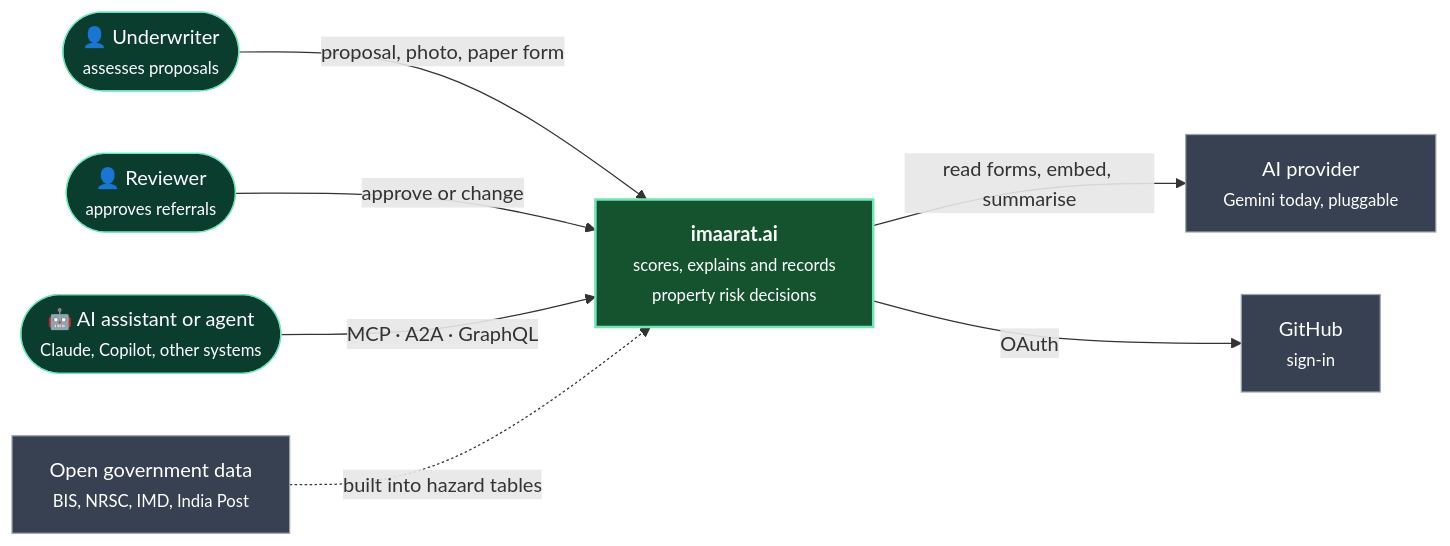
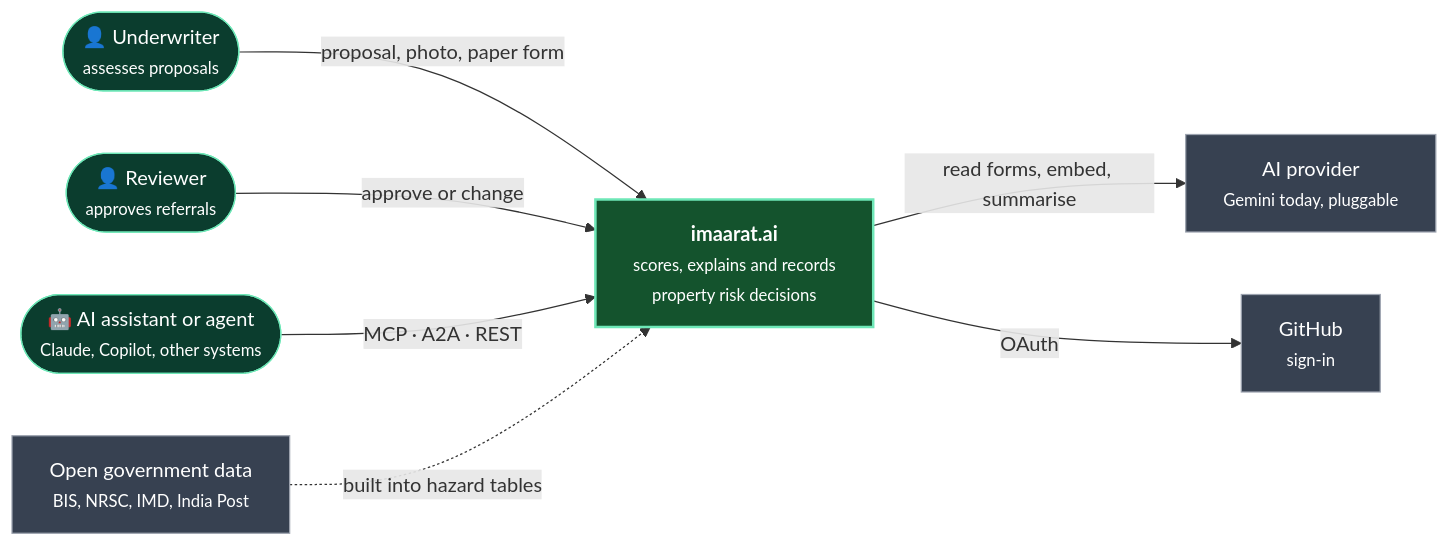
The first of 3 diagrams in README.md (adikshan11/imaarat-ai), drawn with Mermaid before and after one commit. The commit also changed other lines of this file and 17 other files, not shown here.

Commit message:
Hide contact details, drop GraphQL

````diff
--- a/README.md
+++ b/README.md
@@ -72,22 +72,22 @@
 ```mermaid
 flowchart LR
   uw(["👤 Underwriter<br/><small>assesses proposals</small>"])
   rev(["👤 Reviewer<br/><small>approves referrals</small>"])
   agent(["🤖 AI assistant or agent<br/><small>Claude, Copilot, other systems</small>"])
   sys["<b>imaarat.ai</b><br/><small>scores, explains and records<br/>property risk decisions</small>"]
   ai["AI provider<br/><small>Gemini today, pluggable</small>"]
   gh["GitHub<br/><small>sign-in</small>"]
   gov["Open government data<br/><small>BIS, NRSC, IMD, India Post</small>"]
   uw -- "proposal, photo, paper form" --> sys
   rev -- "approve or change" --> sys
-  agent -- "MCP · A2A · GraphQL" --> sys
+  agent -- "MCP · A2A · REST" --> sys
   sys -- "read forms, embed, summarise" --> ai
   sys -- "OAuth" --> gh
   gov -. "built into hazard tables" .-> sys
   classDef person fill:#0b3d2e,stroke:#6ee7b7,color:#fff
   classDef system fill:#14532d,stroke:#6ee7b7,color:#fff,stroke-width:2px
   classDef external fill:#374151,stroke:#9ca3af,color:#fff
   class uw,rev,agent person
   class sys system
   class ai,gh,gov external
 ```
````
